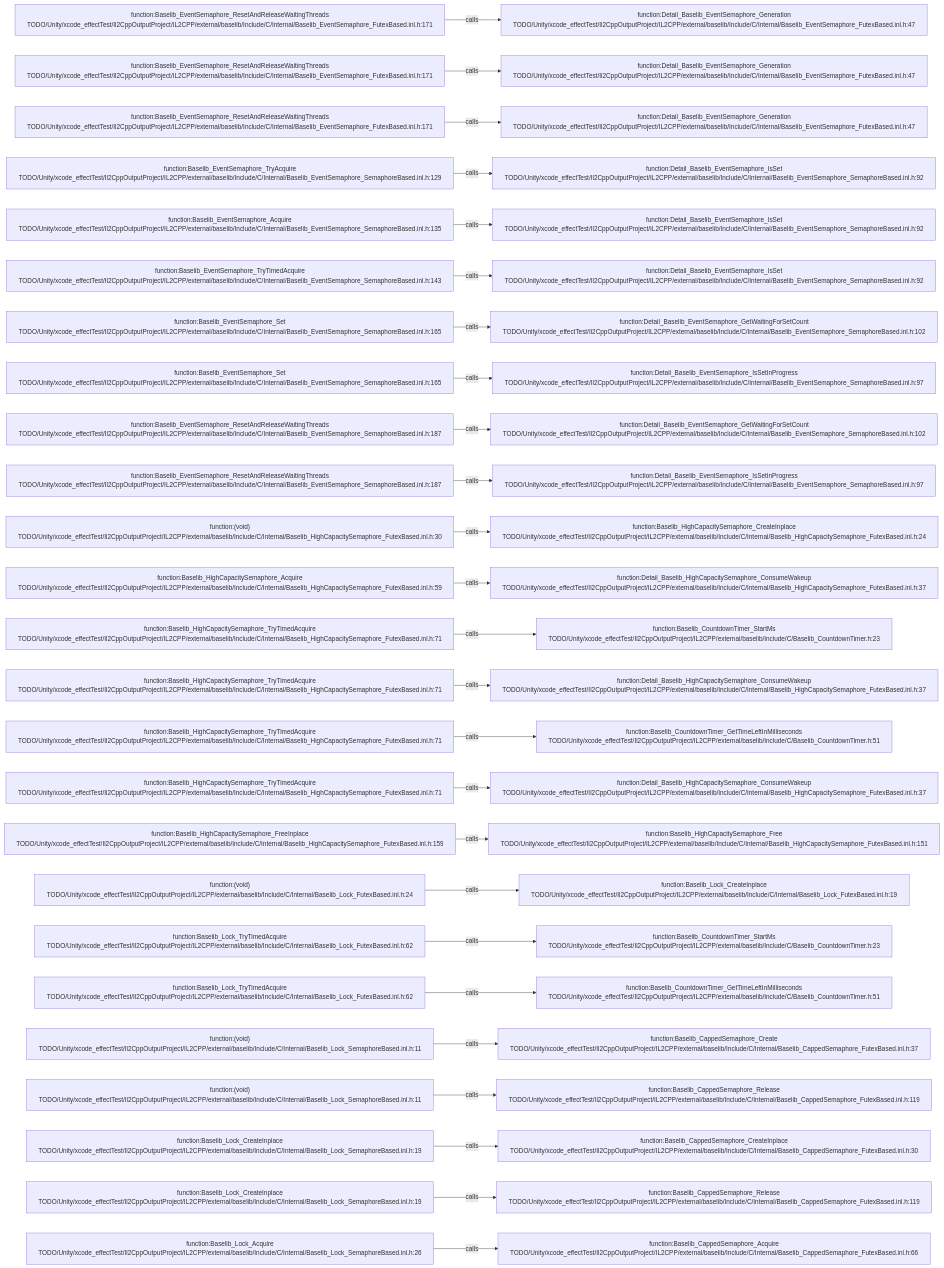
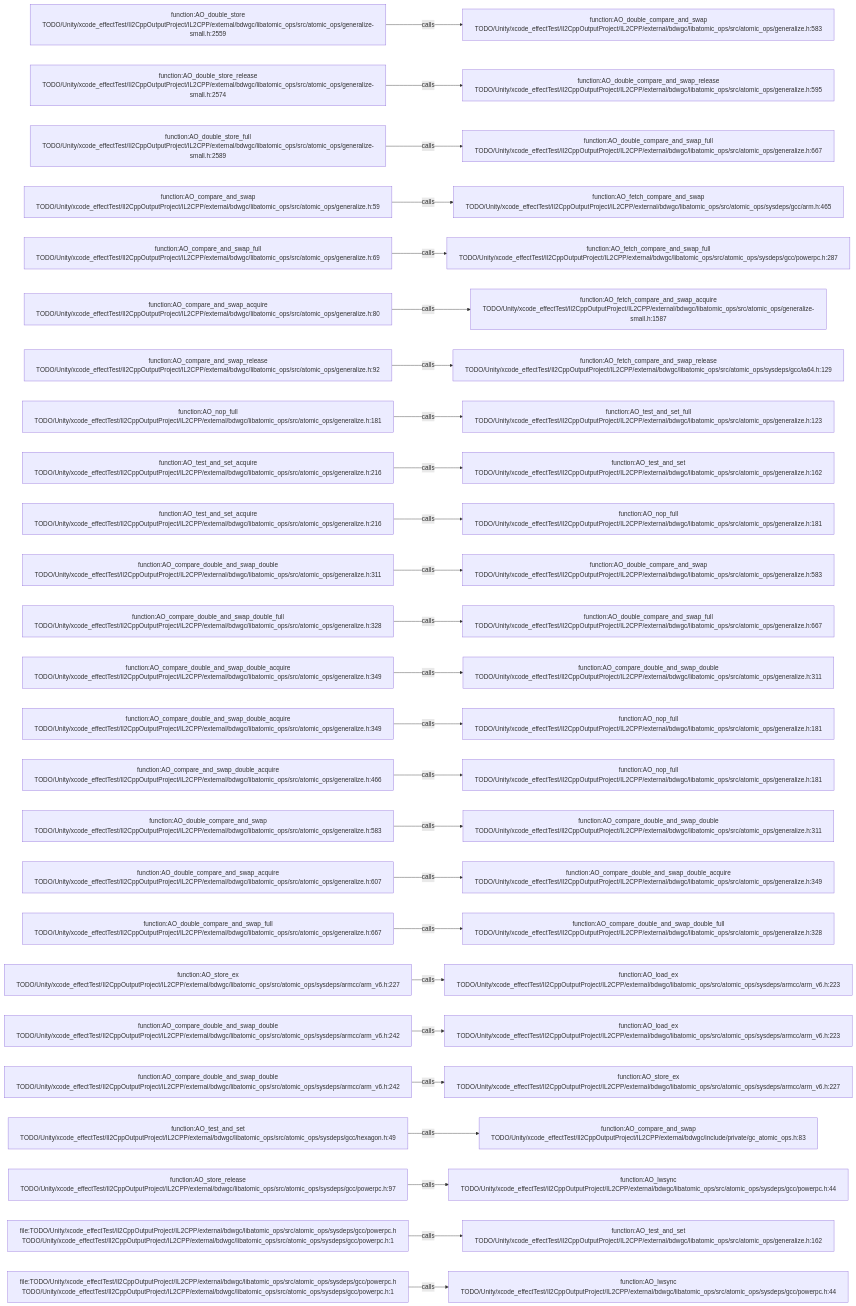
Before and after one commit to JobsKits/JobsSwiftBaseConfigDemo: the diagram in .codegraph/codegraph.md/graphs/calls-123.md, drawn with Mermaid. The commit also changed 227 other files, not shown here.

````diff
--- a/.codegraph/codegraph.md/graphs/calls-123.md
+++ b/.codegraph/codegraph.md/graphs/calls-123.md
@@ -13,78 +13,78 @@
 ```mermaid
 flowchart LR
-  S1["function:Baselib_EventSemaphore_ResetAndReleaseWaitingThreads<br/>TODO/Unity/xcode_effectTest/Il2CppOutputProject/IL2CPP/external/baselib/Include/C/Internal/Baselib_EventSemaphore_FutexBased.inl.h:171"]
-  T1["function:Detail_Baselib_EventSemaphore_Generation<br/>TODO/Unity/xcode_effectTest/Il2CppOutputProject/IL2CPP/external/baselib/Include/C/Internal/Baselib_EventSemaphore_FutexBased.inl.h:47"]
+  S1["function:AO_double_store<br/>TODO/Unity/xcode_effectTest/Il2CppOutputProject/IL2CPP/external/bdwgc/libatomic_ops/src/atomic_ops/generalize-small.h:2559"]
+  T1["function:AO_double_compare_and_swap<br/>TODO/Unity/xcode_effectTest/Il2CppOutputProject/IL2CPP/external/bdwgc/libatomic_ops/src/atomic_ops/generalize.h:583"]
   S1 -->|calls| T1
-  S2["function:Baselib_EventSemaphore_ResetAndReleaseWaitingThreads<br/>TODO/Unity/xcode_effectTest/Il2CppOutputProject/IL2CPP/external/baselib/Include/C/Internal/Baselib_EventSemaphore_FutexBased.inl.h:171"]
-  T2["function:Detail_Baselib_EventSemaphore_Generation<br/>TODO/Unity/xcode_effectTest/Il2CppOutputProject/IL2CPP/external/baselib/Include/C/Internal/Baselib_EventSemaphore_FutexBased.inl.h:47"]
+  S2["function:AO_double_store_release<br/>TODO/Unity/xcode_effectTest/Il2CppOutputProject/IL2CPP/external/bdwgc/libatomic_ops/src/atomic_ops/generalize-small.h:2574"]
+  T2["function:AO_double_compare_and_swap_release<br/>TODO/Unity/xcode_effectTest/Il2CppOutputProject/IL2CPP/external/bdwgc/libatomic_ops/src/atomic_ops/generalize.h:595"]
   S2 -->|calls| T2
-  S3["function:Baselib_EventSemaphore_ResetAndReleaseWaitingThreads<br/>TODO/Unity/xcode_effectTest/Il2CppOutputProject/IL2CPP/external/baselib/Include/C/Internal/Baselib_EventSemaphore_FutexBased.inl.h:171"]
-  T3["function:Detail_Baselib_EventSemaphore_Generation<br/>TODO/Unity/xcode_effectTest/Il2CppOutputProject/IL2CPP/external/baselib/Include/C/Internal/Baselib_EventSemaphore_FutexBased.inl.h:47"]
+  S3["function:AO_double_store_full<br/>TODO/Unity/xcode_effectTest/Il2CppOutputProject/IL2CPP/external/bdwgc/libatomic_ops/src/atomic_ops/generalize-small.h:2589"]
+  T3["function:AO_double_compare_and_swap_full<br/>TODO/Unity/xcode_effectTest/Il2CppOutputProject/IL2CPP/external/bdwgc/libatomic_ops/src/atomic_ops/generalize.h:667"]
   S3 -->|calls| T3
-  S4["function:Baselib_EventSemaphore_TryAcquire<br/>TODO/Unity/xcode_effectTest/Il2CppOutputProject/IL2CPP/external/baselib/Include/C/Internal/Baselib_EventSemaphore_SemaphoreBased.inl.h:129"]
-  T4["function:Detail_Baselib_EventSemaphore_IsSet<br/>TODO/Unity/xcode_effectTest/Il2CppOutputProject/IL2CPP/external/baselib/Include/C/Internal/Baselib_EventSemaphore_SemaphoreBased.inl.h:92"]
+  S4["function:AO_compare_and_swap<br/>TODO/Unity/xcode_effectTest/Il2CppOutputProject/IL2CPP/external/bdwgc/libatomic_ops/src/atomic_ops/generalize.h:59"]
+  T4["function:AO_fetch_compare_and_swap<br/>TODO/Unity/xcode_effectTest/Il2CppOutputProject/IL2CPP/external/bdwgc/libatomic_ops/src/atomic_ops/sysdeps/gcc/arm.h:465"]
   S4 -->|calls| T4
-  S5["function:Baselib_EventSemaphore_Acquire<br/>TODO/Unity/xcode_effectTest/Il2CppOutputProject/IL2CPP/external/baselib/Include/C/Internal/Baselib_EventSemaphore_SemaphoreBased.inl.h:135"]
-  T5["function:Detail_Baselib_EventSemaphore_IsSet<br/>TODO/Unity/xcode_effectTest/Il2CppOutputProject/IL2CPP/external/baselib/Include/C/Internal/Baselib_EventSemaphore_SemaphoreBased.inl.h:92"]
+  S5["function:AO_compare_and_swap_full<br/>TODO/Unity/xcode_effectTest/Il2CppOutputProject/IL2CPP/external/bdwgc/libatomic_ops/src/atomic_ops/generalize.h:69"]
+  T5["function:AO_fetch_compare_and_swap_full<br/>TODO/Unity/xcode_effectTest/Il2CppOutputProject/IL2CPP/external/bdwgc/libatomic_ops/src/atomic_ops/sysdeps/gcc/powerpc.h:287"]
   S5 -->|calls| T5
-  S6["function:Baselib_EventSemaphore_TryTimedAcquire<br/>TODO/Unity/xcode_effectTest/Il2CppOutputProject/IL2CPP/external/baselib/Include/C/Internal/Baselib_EventSemaphore_SemaphoreBased.inl.h:143"]
-  T6["function:Detail_Baselib_EventSemaphore_IsSet<br/>TODO/Unity/xcode_effectTest/Il2CppOutputProject/IL2CPP/external/baselib/Include/C/Internal/Baselib_EventSemaphore_SemaphoreBased.inl.h:92"]
+  S6["function:AO_compare_and_swap_acquire<br/>TODO/Unity/xcode_effectTest/Il2CppOutputProject/IL2CPP/external/bdwgc/libatomic_ops/src/atomic_ops/generalize.h:80"]
+  T6["function:AO_fetch_compare_and_swap_acquire<br/>TODO/Unity/xcode_effectTest/Il2CppOutputProject/IL2CPP/external/bdwgc/libatomic_ops/src/atomic_ops/generalize-small.h:1587"]
   S6 -->|calls| T6
-  S7["function:Baselib_EventSemaphore_Set<br/>TODO/Unity/xcode_effectTest/Il2CppOutputProject/IL2CPP/external/baselib/Include/C/Internal/Baselib_EventSemaphore_SemaphoreBased.inl.h:165"]
-  T7["function:Detail_Baselib_EventSemaphore_GetWaitingForSetCount<br/>TODO/Unity/xcode_effectTest/Il2CppOutputProject/IL2CPP/external/baselib/Include/C/Internal/Baselib_EventSemaphore_SemaphoreBased.inl.h:102"]
+  S7["function:AO_compare_and_swap_release<br/>TODO/Unity/xcode_effectTest/Il2CppOutputProject/IL2CPP/external/bdwgc/libatomic_ops/src/atomic_ops/generalize.h:92"]
+  T7["function:AO_fetch_compare_and_swap_release<br/>TODO/Unity/xcode_effectTest/Il2CppOutputProject/IL2CPP/external/bdwgc/libatomic_ops/src/atomic_ops/sysdeps/gcc/ia64.h:129"]
   S7 -->|calls| T7
-  S8["function:Baselib_EventSemaphore_Set<br/>TODO/Unity/xcode_effectTest/Il2CppOutputProject/IL2CPP/external/baselib/Include/C/Internal/Baselib_EventSemaphore_SemaphoreBased.inl.h:165"]
-  T8["function:Detail_Baselib_EventSemaphore_IsSetInProgress<br/>TODO/Unity/xcode_effectTest/Il2CppOutputProject/IL2CPP/external/baselib/Include/C/Internal/Baselib_EventSemaphore_SemaphoreBased.inl.h:97"]
+  S8["function:AO_nop_full<br/>TODO/Unity/xcode_effectTest/Il2CppOutputProject/IL2CPP/external/bdwgc/libatomic_ops/src/atomic_ops/generalize.h:181"]
+  T8["function:AO_test_and_set_full<br/>TODO/Unity/xcode_effectTest/Il2CppOutputProject/IL2CPP/external/bdwgc/libatomic_ops/src/atomic_ops/generalize.h:123"]
   S8 -->|calls| T8
-  S9["function:Baselib_EventSemaphore_ResetAndReleaseWaitingThreads<br/>TODO/Unity/xcode_effectTest/Il2CppOutputProject/IL2CPP/external/baselib/Include/C/Internal/Baselib_EventSemaphore_SemaphoreBased.inl.h:187"]
-  T9["function:Detail_Baselib_EventSemaphore_GetWaitingForSetCount<br/>TODO/Unity/xcode_effectTest/Il2CppOutputProject/IL2CPP/external/baselib/Include/C/Internal/Baselib_EventSemaphore_SemaphoreBased.inl.h:102"]
+  S9["function:AO_test_and_set_acquire<br/>TODO/Unity/xcode_effectTest/Il2CppOutputProject/IL2CPP/external/bdwgc/libatomic_ops/src/atomic_ops/generalize.h:216"]
+  T9["function:AO_test_and_set<br/>TODO/Unity/xcode_effectTest/Il2CppOutputProject/IL2CPP/external/bdwgc/libatomic_ops/src/atomic_ops/generalize.h:162"]
   S9 -->|calls| T9
-  S10["function:Baselib_EventSemaphore_ResetAndReleaseWaitingThreads<br/>TODO/Unity/xcode_effectTest/Il2CppOutputProject/IL2CPP/external/baselib/Include/C/Internal/Baselib_EventSemaphore_SemaphoreBased.inl.h:187"]
-  T10["function:Detail_Baselib_EventSemaphore_IsSetInProgress<br/>TODO/Unity/xcode_effectTest/Il2CppOutputProject/IL2CPP/external/baselib/Include/C/Internal/Baselib_EventSemaphore_SemaphoreBased.inl.h:97"]
+  S10["function:AO_test_and_set_acquire<br/>TODO/Unity/xcode_effectTest/Il2CppOutputProject/IL2CPP/external/bdwgc/libatomic_ops/src/atomic_ops/generalize.h:216"]
+  T10["function:AO_nop_full<br/>TODO/Unity/xcode_effectTest/Il2CppOutputProject/IL2CPP/external/bdwgc/libatomic_ops/src/atomic_ops/generalize.h:181"]
   S10 -->|calls| T10
-  S11["function:(void)<br/>TODO/Unity/xcode_effectTest/Il2CppOutputProject/IL2CPP/external/baselib/Include/C/Internal/Baselib_HighCapacitySemaphore_FutexBased.inl.h:30"]
-  T11["function:Baselib_HighCapacitySemaphore_CreateInplace<br/>TODO/Unity/xcode_effectTest/Il2CppOutputProject/IL2CPP/external/baselib/Include/C/Internal/Baselib_HighCapacitySemaphore_FutexBased.inl.h:24"]
+  S11["function:AO_compare_double_and_swap_double<br/>TODO/Unity/xcode_effectTest/Il2CppOutputProject/IL2CPP/external/bdwgc/libatomic_ops/src/atomic_ops/generalize.h:311"]
+  T11["function:AO_double_compare_and_swap<br/>TODO/Unity/xcode_effectTest/Il2CppOutputProject/IL2CPP/external/bdwgc/libatomic_ops/src/atomic_ops/generalize.h:583"]
   S11 -->|calls| T11
-  S12["function:Baselib_HighCapacitySemaphore_Acquire<br/>TODO/Unity/xcode_effectTest/Il2CppOutputProject/IL2CPP/external/baselib/Include/C/Internal/Baselib_HighCapacitySemaphore_FutexBased.inl.h:59"]
-  T12["function:Detail_Baselib_HighCapacitySemaphore_ConsumeWakeup<br/>TODO/Unity/xcode_effectTest/Il2CppOutputProject/IL2CPP/external/baselib/Include/C/Internal/Baselib_HighCapacitySemaphore_FutexBased.inl.h:37"]
+  S12["function:AO_compare_double_and_swap_double_full<br/>TODO/Unity/xcode_effectTest/Il2CppOutputProject/IL2CPP/external/bdwgc/libatomic_ops/src/atomic_ops/generalize.h:328"]
+  T12["function:AO_double_compare_and_swap_full<br/>TODO/Unity/xcode_effectTest/Il2CppOutputProject/IL2CPP/external/bdwgc/libatomic_ops/src/atomic_ops/generalize.h:667"]
   S12 -->|calls| T12
-  S13["function:Baselib_HighCapacitySemaphore_TryTimedAcquire<br/>TODO/Unity/xcode_effectTest/Il2CppOutputProject/IL2CPP/external/baselib/Include/C/Internal/Baselib_HighCapacitySemaphore_FutexBased.inl.h:71"]
-  T13["function:Baselib_CountdownTimer_StartMs<br/>TODO/Unity/xcode_effectTest/Il2CppOutputProject/IL2CPP/external/baselib/Include/C/Baselib_CountdownTimer.h:23"]
+  S13["function:AO_compare_double_and_swap_double_acquire<br/>TODO/Unity/xcode_effectTest/Il2CppOutputProject/IL2CPP/external/bdwgc/libatomic_ops/src/atomic_ops/generalize.h:349"]
+  T13["function:AO_compare_double_and_swap_double<br/>TODO/Unity/xcode_effectTest/Il2CppOutputProject/IL2CPP/external/bdwgc/libatomic_ops/src/atomic_ops/generalize.h:311"]
   S13 -->|calls| T13
-  S14["function:Baselib_HighCapacitySemaphore_TryTimedAcquire<br/>TODO/Unity/xcode_effectTest/Il2CppOutputProject/IL2CPP/external/baselib/Include/C/Internal/Baselib_HighCapacitySemaphore_FutexBased.inl.h:71"]
-  T14["function:Detail_Baselib_HighCapacitySemaphore_ConsumeWakeup<br/>TODO/Unity/xcode_effectTest/Il2CppOutputProject/IL2CPP/external/baselib/Include/C/Internal/Baselib_HighCapacitySemaphore_FutexBased.inl.h:37"]
+  S14["function:AO_compare_double_and_swap_double_acquire<br/>TODO/Unity/xcode_effectTest/Il2CppOutputProject/IL2CPP/external/bdwgc/libatomic_ops/src/atomic_ops/generalize.h:349"]
+  T14["function:AO_nop_full<br/>TODO/Unity/xcode_effectTest/Il2CppOutputProject/IL2CPP/external/bdwgc/libatomic_ops/src/atomic_ops/generalize.h:181"]
   S14 -->|calls| T14
-  S15["function:Baselib_HighCapacitySemaphore_TryTimedAcquire<br/>TODO/Unity/xcode_effectTest/Il2CppOutputProject/IL2CPP/external/baselib/Include/C/Internal/Baselib_HighCapacitySemaphore_FutexBased.inl.h:71"]
-  T15["function:Baselib_CountdownTimer_GetTimeLeftInMilliseconds<br/>TODO/Unity/xcode_effectTest/Il2CppOutputProject/IL2CPP/external/baselib/Include/C/Baselib_CountdownTimer.h:51"]
+  S15["function:AO_compare_and_swap_double_acquire<br/>TODO/Unity/xcode_effectTest/Il2CppOutputProject/IL2CPP/external/bdwgc/libatomic_ops/src/atomic_ops/generalize.h:466"]
+  T15["function:AO_nop_full<br/>TODO/Unity/xcode_effectTest/Il2CppOutputProject/IL2CPP/external/bdwgc/libatomic_ops/src/atomic_ops/generalize.h:181"]
   S15 -->|calls| T15
-  S16["function:Baselib_HighCapacitySemaphore_TryTimedAcquire<br/>TODO/Unity/xcode_effectTest/Il2CppOutputProject/IL2CPP/external/baselib/Include/C/Internal/Baselib_HighCapacitySemaphore_FutexBased.inl.h:71"]
-  T16["function:Detail_Baselib_HighCapacitySemaphore_ConsumeWakeup<br/>TODO/Unity/xcode_effectTest/Il2CppOutputProject/IL2CPP/external/baselib/Include/C/Internal/Baselib_HighCapacitySemaphore_FutexBased.inl.h:37"]
+  S16["function:AO_double_compare_and_swap<br/>TODO/Unity/xcode_effectTest/Il2CppOutputProject/IL2CPP/external/bdwgc/libatomic_ops/src/atomic_ops/generalize.h:583"]
+  T16["function:AO_compare_double_and_swap_double<br/>TODO/Unity/xcode_effectTest/Il2CppOutputProject/IL2CPP/external/bdwgc/libatomic_ops/src/atomic_ops/generalize.h:311"]
   S16 -->|calls| T16
-  S17["function:Baselib_HighCapacitySemaphore_FreeInplace<br/>TODO/Unity/xcode_effectTest/Il2CppOutputProject/IL2CPP/external/baselib/Include/C/Internal/Baselib_HighCapacitySemaphore_FutexBased.inl.h:159"]
-  T17["function:Baselib_HighCapacitySemaphore_Free<br/>TODO/Unity/xcode_effectTest/Il2CppOutputProject/IL2CPP/external/baselib/Include/C/Internal/Baselib_HighCapacitySemaphore_FutexBased.inl.h:151"]
+  S17["function:AO_double_compare_and_swap_acquire<br/>TODO/Unity/xcode_effectTest/Il2CppOutputProject/IL2CPP/external/bdwgc/libatomic_ops/src/atomic_ops/generalize.h:607"]
+  T17["function:AO_compare_double_and_swap_double_acquire<br/>TODO/Unity/xcode_effectTest/Il2CppOutputProject/IL2CPP/external/bdwgc/libatomic_ops/src/atomic_ops/generalize.h:349"]
   S17 -->|calls| T17
-  S18["function:(void)<br/>TODO/Unity/xcode_effectTest/Il2CppOutputProject/IL2CPP/external/baselib/Include/C/Internal/Baselib_Lock_FutexBased.inl.h:24"]
-  T18["function:Baselib_Lock_CreateInplace<br/>TODO/Unity/xcode_effectTest/Il2CppOutputProject/IL2CPP/external/baselib/Include/C/Internal/Baselib_Lock_FutexBased.inl.h:19"]
+  S18["function:AO_double_compare_and_swap_full<br/>TODO/Unity/xcode_effectTest/Il2CppOutputProject/IL2CPP/external/bdwgc/libatomic_ops/src/atomic_ops/generalize.h:667"]
+  T18["function:AO_compare_double_and_swap_double_full<br/>TODO/Unity/xcode_effectTest/Il2CppOutputProject/IL2CPP/external/bdwgc/libatomic_ops/src/atomic_ops/generalize.h:328"]
   S18 -->|calls| T18
-  S19["function:Baselib_Lock_TryTimedAcquire<br/>TODO/Unity/xcode_effectTest/Il2CppOutputProject/IL2CPP/external/baselib/Include/C/Internal/Baselib_Lock_FutexBased.inl.h:62"]
-  T19["function:Baselib_CountdownTimer_StartMs<br/>TODO/Unity/xcode_effectTest/Il2CppOutputProject/IL2CPP/external/baselib/Include/C/Baselib_CountdownTimer.h:23"]
+  S19["function:AO_store_ex<br/>TODO/Unity/xcode_effectTest/Il2CppOutputProject/IL2CPP/external/bdwgc/libatomic_ops/src/atomic_ops/sysdeps/armcc/arm_v6.h:227"]
+  T19["function:AO_load_ex<br/>TODO/Unity/xcode_effectTest/Il2CppOutputProject/IL2CPP/external/bdwgc/libatomic_ops/src/atomic_ops/sysdeps/armcc/arm_v6.h:223"]
   S19 -->|calls| T19
-  S20["function:Baselib_Lock_TryTimedAcquire<br/>TODO/Unity/xcode_effectTest/Il2CppOutputProject/IL2CPP/external/baselib/Include/C/Internal/Baselib_Lock_FutexBased.inl.h:62"]
-  T20["function:Baselib_CountdownTimer_GetTimeLeftInMilliseconds<br/>TODO/Unity/xcode_effectTest/Il2CppOutputProject/IL2CPP/external/baselib/Include/C/Baselib_CountdownTimer.h:51"]
+  S20["function:AO_compare_double_and_swap_double<br/>TODO/Unity/xcode_effectTest/Il2CppOutputProject/IL2CPP/external/bdwgc/libatomic_ops/src/atomic_ops/sysdeps/armcc/arm_v6.h:242"]
+  T20["function:AO_load_ex<br/>TODO/Unity/xcode_effectTest/Il2CppOutputProject/IL2CPP/external/bdwgc/libatomic_ops/src/atomic_ops/sysdeps/armcc/arm_v6.h:223"]
   S20 -->|calls| T20
-  S21["function:(void)<br/>TODO/Unity/xcode_effectTest/Il2CppOutputProject/IL2CPP/external/baselib/Include/C/Internal/Baselib_Lock_SemaphoreBased.inl.h:11"]
-  T21["function:Baselib_CappedSemaphore_Create<br/>TODO/Unity/xcode_effectTest/Il2CppOutputProject/IL2CPP/external/baselib/Include/C/Internal/Baselib_CappedSemaphore_FutexBased.inl.h:37"]
+  S21["function:AO_compare_double_and_swap_double<br/>TODO/Unity/xcode_effectTest/Il2CppOutputProject/IL2CPP/external/bdwgc/libatomic_ops/src/atomic_ops/sysdeps/armcc/arm_v6.h:242"]
+  T21["function:AO_store_ex<br/>TODO/Unity/xcode_effectTest/Il2CppOutputProject/IL2CPP/external/bdwgc/libatomic_ops/src/atomic_ops/sysdeps/armcc/arm_v6.h:227"]
   S21 -->|calls| T21
-  S22["function:(void)<br/>TODO/Unity/xcode_effectTest/Il2CppOutputProject/IL2CPP/external/baselib/Include/C/Internal/Baselib_Lock_SemaphoreBased.inl.h:11"]
-  T22["function:Baselib_CappedSemaphore_Release<br/>TODO/Unity/xcode_effectTest/Il2CppOutputProject/IL2CPP/external/baselib/Include/C/Internal/Baselib_CappedSemaphore_FutexBased.inl.h:119"]
+  S22["function:AO_test_and_set<br/>TODO/Unity/xcode_effectTest/Il2CppOutputProject/IL2CPP/external/bdwgc/libatomic_ops/src/atomic_ops/sysdeps/gcc/hexagon.h:49"]
+  T22["function:AO_compare_and_swap<br/>TODO/Unity/xcode_effectTest/Il2CppOutputProject/IL2CPP/external/bdwgc/include/private/gc_atomic_ops.h:83"]
   S22 -->|calls| T22
-  S23["function:Baselib_Lock_CreateInplace<br/>TODO/Unity/xcode_effectTest/Il2CppOutputProject/IL2CPP/external/baselib/Include/C/Internal/Baselib_Lock_SemaphoreBased.inl.h:19"]
-  T23["function:Baselib_CappedSemaphore_CreateInplace<br/>TODO/Unity/xcode_effectTest/Il2CppOutputProject/IL2CPP/external/baselib/Include/C/Internal/Baselib_CappedSemaphore_FutexBased.inl.h:30"]
+  S23["function:AO_store_release<br/>TODO/Unity/xcode_effectTest/Il2CppOutputProject/IL2CPP/external/bdwgc/libatomic_ops/src/atomic_ops/sysdeps/gcc/powerpc.h:97"]
+  T23["function:AO_lwsync<br/>TODO/Unity/xcode_effectTest/Il2CppOutputProject/IL2CPP/external/bdwgc/libatomic_ops/src/atomic_ops/sysdeps/gcc/powerpc.h:44"]
   S23 -->|calls| T23
-  S24["function:Baselib_Lock_CreateInplace<br/>TODO/Unity/xcode_effectTest/Il2CppOutputProject/IL2CPP/external/baselib/Include/C/Internal/Baselib_Lock_SemaphoreBased.inl.h:19"]
-  T24["function:Baselib_CappedSemaphore_Release<br/>TODO/Unity/xcode_effectTest/Il2CppOutputProject/IL2CPP/external/baselib/Include/C/Internal/Baselib_CappedSemaphore_FutexBased.inl.h:119"]
+  S24["file:TODO/Unity/xcode_effectTest/Il2CppOutputProject/IL2CPP/external/bdwgc/libatomic_ops/src/atomic_ops/sysdeps/gcc/powerpc.h<br/>TODO/Unity/xcode_effectTest/Il2CppOutputProject/IL2CPP/external/bdwgc/libatomic_ops/src/atomic_ops/sysdeps/gcc/powerpc.h:1"]
+  T24["function:AO_test_and_set<br/>TODO/Unity/xcode_effectTest/Il2CppOutputProject/IL2CPP/external/bdwgc/libatomic_ops/src/atomic_ops/generalize.h:162"]
   S24 -->|calls| T24
-  S25["function:Baselib_Lock_Acquire<br/>TODO/Unity/xcode_effectTest/Il2CppOutputProject/IL2CPP/external/baselib/Include/C/Internal/Baselib_Lock_SemaphoreBased.inl.h:26"]
-  T25["function:Baselib_CappedSemaphore_Acquire<br/>TODO/Unity/xcode_effectTest/Il2CppOutputProject/IL2CPP/external/baselib/Include/C/Internal/Baselib_CappedSemaphore_FutexBased.inl.h:66"]
+  S25["file:TODO/Unity/xcode_effectTest/Il2CppOutputProject/IL2CPP/external/bdwgc/libatomic_ops/src/atomic_ops/sysdeps/gcc/powerpc.h<br/>TODO/Unity/xcode_effectTest/Il2CppOutputProject/IL2CPP/external/bdwgc/libatomic_ops/src/atomic_ops/sysdeps/gcc/powerpc.h:1"]
+  T25["function:AO_lwsync<br/>TODO/Unity/xcode_effectTest/Il2CppOutputProject/IL2CPP/external/bdwgc/libatomic_ops/src/atomic_ops/sysdeps/gcc/powerpc.h:44"]
   S25 -->|calls| T25
 ```
````
